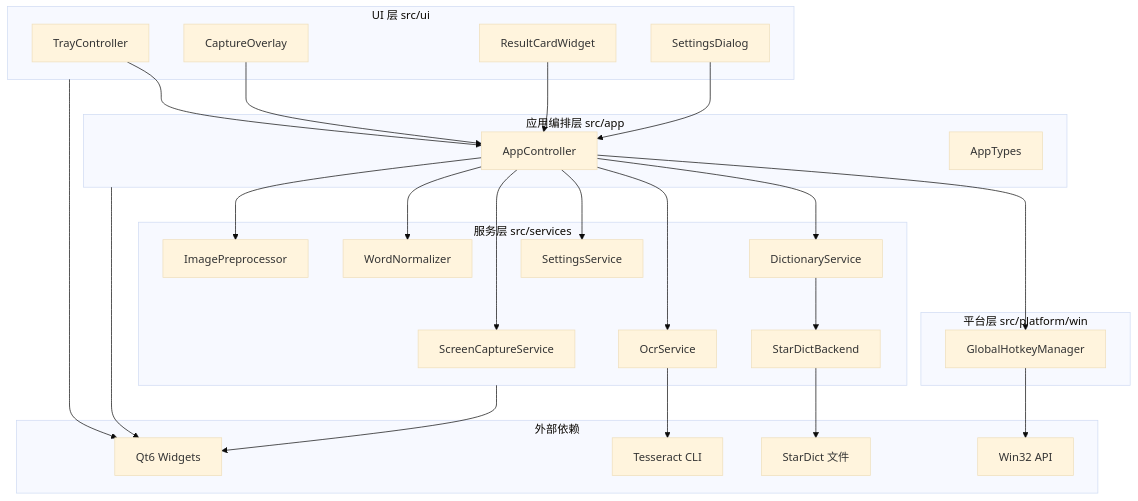
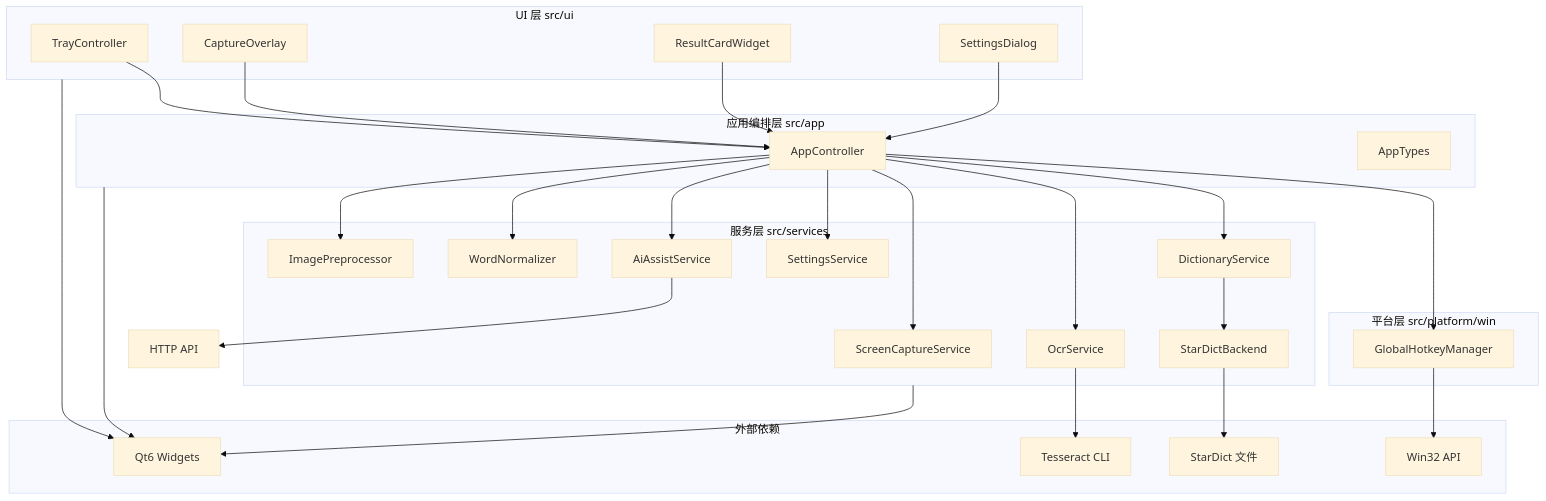
The second of 4 diagrams in docs/ARCHITECTURE.md (kakuyo1/wordSnap), drawn with Mermaid (base theme) before and after one commit. The commit also changed other lines of this file and 15 other files, not shown here.

````diff
--- a/docs/ARCHITECTURE.md
+++ b/docs/ARCHITECTURE.md
@@ -43,58 +46,61 @@
 ```mermaid
 flowchart TB
     subgraph UI[UI 层 src/ui]
         U1[TrayController]
         U2[CaptureOverlay]
         U3[ResultCardWidget]
         U4[SettingsDialog]
     end
 
     subgraph APP[应用编排层 src/app]
         A1[AppController]
         A2[AppTypes]
     end
 
     subgraph SRV[服务层 src/services]
         S1[ScreenCaptureService]
         S2[ImagePreprocessor]
         S3[OcrService]
         S4[WordNormalizer]
         S5[DictionaryService]
         S6[StarDictBackend]
         S7[SettingsService]
+        S8[AiAssistService]
     end
 
     subgraph PLAT[平台层 src/platform/win]
         P1[GlobalHotkeyManager]
     end
 
     subgraph EXT[外部依赖]
         E1[Qt6 Widgets]
         E2[Tesseract CLI]
         E3[StarDict 文件]
         E4[Win32 API]
     end
 
     U1 --> A1
     U2 --> A1
     U3 --> A1
     U4 --> A1
 
     A1 --> S1
     A1 --> S2
     A1 --> S3
     A1 --> S4
     A1 --> S5
     A1 --> S7
+    A1 --> S8
     A1 --> P1
 
     S5 --> S6
 
     S3 --> E2
     S6 --> E3
+    S8 --> E5[HTTP API]
     P1 --> E4
 
     UI --> E1
     APP --> E1
     SRV --> E1
 ```
````
